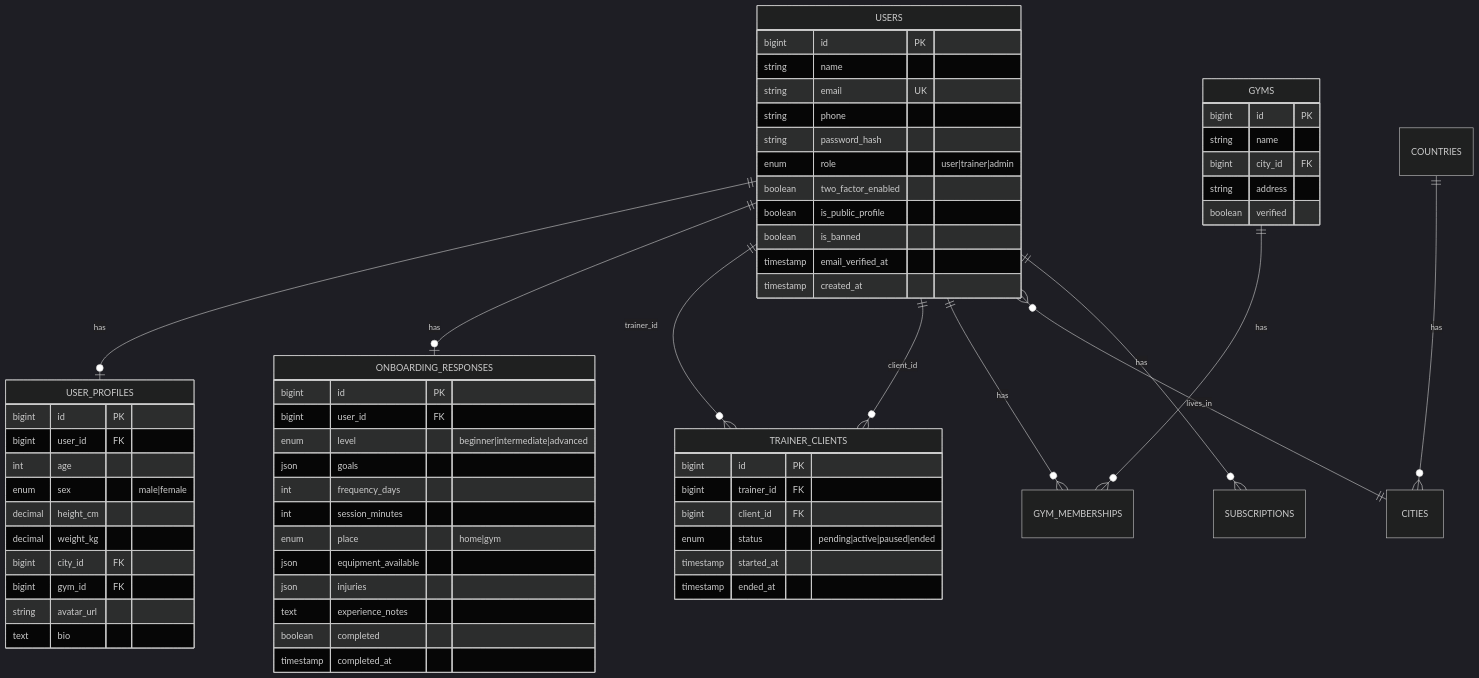
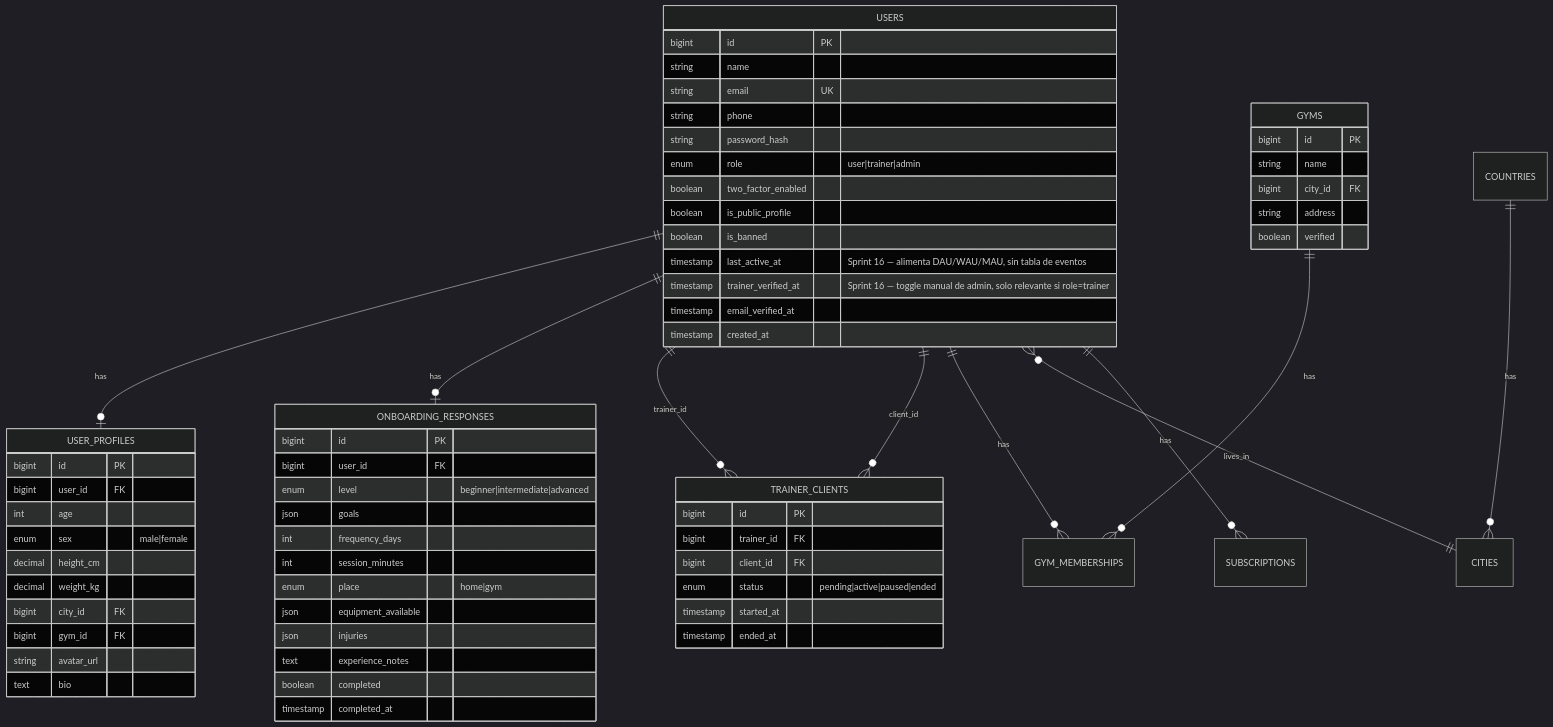
The first of 3 diagrams in docs/02-modelo-datos-bd.md (santiagopelaez1820-code/SanKen), drawn with Mermaid (dark theme) before and after one commit. The commit also changed other lines of this file and 322 other files, not shown here.

````diff
--- a/docs/02-modelo-datos-bd.md
+++ b/docs/02-modelo-datos-bd.md
@@ -7,67 +7,69 @@
 ```mermaid
 erDiagram
     USERS ||--o| USER_PROFILES : has
     USERS ||--o| ONBOARDING_RESPONSES : has
     USERS ||--o{ TRAINER_CLIENTS : "trainer_id"
     USERS ||--o{ TRAINER_CLIENTS : "client_id"
     USERS ||--o{ GYM_MEMBERSHIPS : has
     GYMS ||--o{ GYM_MEMBERSHIPS : has
     COUNTRIES ||--o{ CITIES : has
     USERS }o--|| CITIES : "lives_in"
     USERS ||--o{ SUBSCRIPTIONS : has
 
     USERS {
         bigint id PK
         string name
         string email UK
         string phone
         string password_hash
         enum role "user|trainer|admin"
         boolean two_factor_enabled
         boolean is_public_profile
         boolean is_banned
+        timestamp last_active_at "Sprint 16 — alimenta DAU/WAU/MAU, sin tabla de eventos"
+        timestamp trainer_verified_at "Sprint 16 — toggle manual de admin, solo relevante si role=trainer"
         timestamp email_verified_at
         timestamp created_at
     }
     USER_PROFILES {
         bigint id PK
         bigint user_id FK
         int age
         enum sex "male|female"
         decimal height_cm
         decimal weight_kg
         bigint city_id FK
         bigint gym_id FK
         string avatar_url
         text bio
     }
     ONBOARDING_RESPONSES {
         bigint id PK
         bigint user_id FK
         enum level "beginner|intermediate|advanced"
         json goals
         int frequency_days
         int session_minutes
         enum place "home|gym"
         json equipment_available
         json injuries
         text experience_notes
         boolean completed
         timestamp completed_at
     }
     TRAINER_CLIENTS {
         bigint id PK
         bigint trainer_id FK
         bigint client_id FK
         enum status "pending|active|paused|ended"
         timestamp started_at
         timestamp ended_at
     }
     GYMS {
         bigint id PK
         string name
         bigint city_id FK
         string address
         boolean verified
     }
 ```
````
